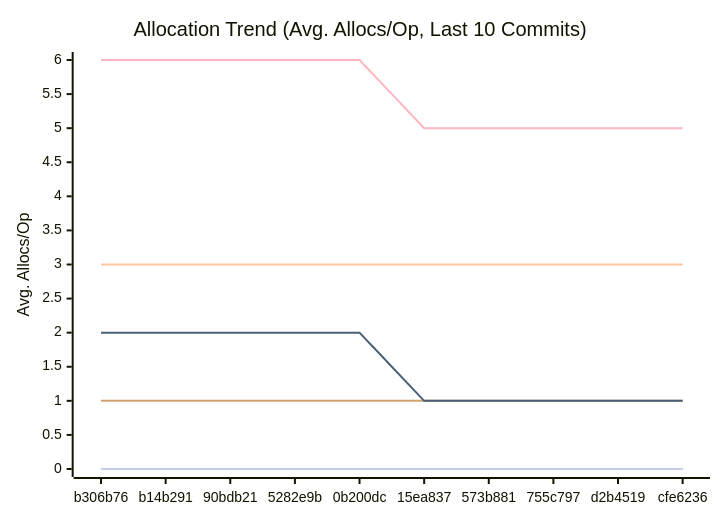
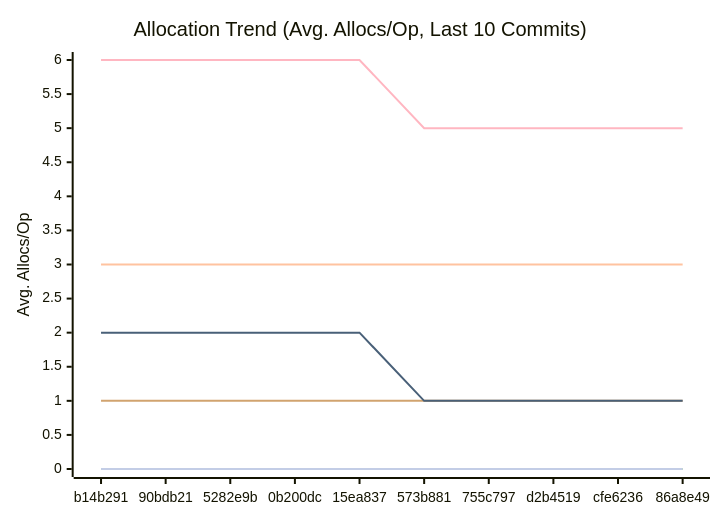
One commit to alsotoes/momo changed the third of 3 diagrams in docs/PERFORMANCE.md. Above: the diagram before and after it, drawn with Mermaid. The commit also changed other lines of this file and 2 other files, not shown here.

````diff
--- a/docs/PERFORMANCE.md
+++ b/docs/PERFORMANCE.md
@@ -114,16 +114,16 @@
 ```mermaid
 xychart-beta
     title "Allocation Trend (Avg. Allocs/Op, Last 10 Commits)"
     x-axis "Commit"
     y-axis "Avg. Allocs/Op"
-    x-axis [b306b76,b14b291,90bdb21,5282e9b,0b200dc,15ea837,573b881,755c797,d2b4519,cfe6236]
+    x-axis [b14b291,90bdb21,5282e9b,0b200dc,15ea837,573b881,755c797,d2b4519,cfe6236,86a8e49]
     line "CheckMetricsAndSwap" [0,0,0,0,0,0,0,0,0,0]
     line "CrushOptimized" [0,0,0,0,0,0,0,0,0,0]
     line "CrushOriginal" [3,3,3,3,3,3,3,3,3,3]
     line "IndexDirectTracking" [0,0,0,0,0,0,0,0,0,0]
     line "IndexSearch" [0,0,0,0,0,0,0,0,0,0]
     line "LoadGlobalConfig" [1,1,1,1,1,1,1,1,1,1]
     line "PadString" [0,0,0,0,0,0,0,0,0,0]
     line "ParseReplicationOrder_NoPrealloc" [6,6,6,6,6,5,5,5,5,5]
     line "ParseReplicationOrder_Prealloc" [2,2,2,2,2,1,1,1,1,1]
 ```
````
